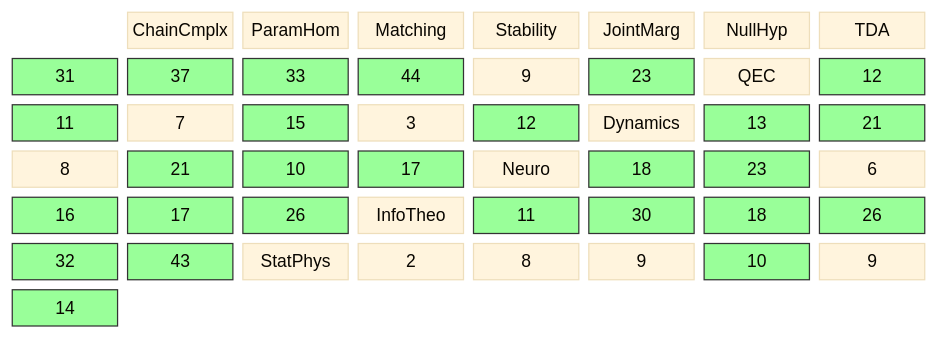
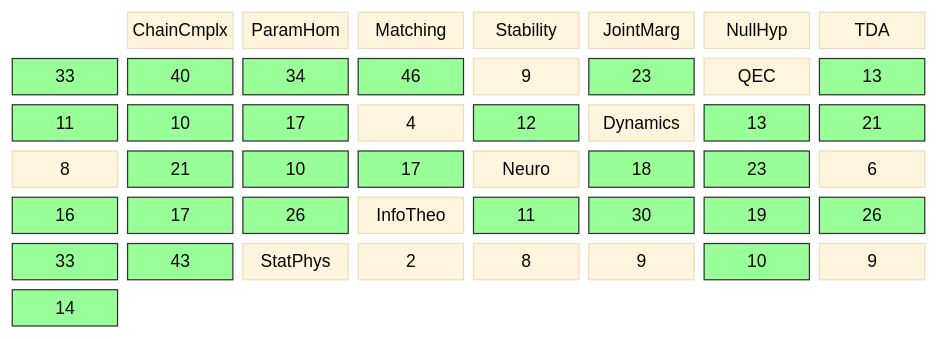
One commit to musicofhel/topoyolo changed the diagram in diagrams/coverage-matrix.md. Above: the diagram before and after it, drawn with Mermaid. The commit also changed other lines of this file and 8 other files, not shown here.

Commit message:
loop: B2 pass-40 — batch-007 qec-mwpm slice: 3 ANNOTATED (2303.15933 sparse blossom; 2107.13589 soft info as joint-vs-marginal gain; 2203.04948 belief-matching + fragile boundaries); filed qec + phase_transitions + boundary_operators; counts to derived 131; lint 0 errors

````diff
--- a/diagrams/coverage-matrix.md
+++ b/diagrams/coverage-matrix.md
@@ -22,41 +22,42 @@
 ```mermaid
 %%{init: {'theme': 'base', 'themeVariables': {'fontSize': '14px'}}}%%
 block-beta
   columns 8
 
   space:1 CC["ChainCmplx"] PH["ParamHom"] MA["Matching"] ST["Stability"] JM["JointMarg"] NH["NullHyp"]
 
-  TDA["TDA"] TDA_CC["31"] TDA_PH["37"] TDA_MA["33"] TDA_ST["44"] TDA_JM["9"] TDA_NH["23"]
-  QEC["QEC"] QEC_CC["12"] QEC_PH["11"] QEC_MA["7"] QEC_ST["15"] QEC_JM["3"] QEC_NH["12"]
+  TDA["TDA"] TDA_CC["33"] TDA_PH["40"] TDA_MA["34"] TDA_ST["46"] TDA_JM["9"] TDA_NH["23"]
+  QEC["QEC"] QEC_CC["13"] QEC_PH["11"] QEC_MA["10"] QEC_ST["17"] QEC_JM["4"] QEC_NH["12"]
   DYN["Dynamics"] DYN_CC["13"] DYN_PH["21"] DYN_MA["8"] DYN_ST["21"] DYN_JM["10"] DYN_NH["17"]
   NEU["Neuro"] NEU_CC["18"] NEU_PH["23"] NEU_MA["6"] NEU_ST["16"] NEU_JM["17"] NEU_NH["26"]
-  IT["InfoTheo"] IT_CC["11"] IT_PH["30"] IT_MA["18"] IT_ST["26"] IT_JM["32"] IT_NH["43"]
+  IT["InfoTheo"] IT_CC["11"] IT_PH["30"] IT_MA["19"] IT_ST["26"] IT_JM["33"] IT_NH["43"]
   SP["StatPhys"] SP_CC["2"] SP_PH["8"] SP_MA["9"] SP_ST["10"] SP_JM["9"] SP_NH["14"]
   style TDA_CC fill:#9f9,stroke:#333
   style TDA_PH fill:#9f9,stroke:#333
   style TDA_MA fill:#9f9,stroke:#333
   style TDA_ST fill:#9f9,stroke:#333
   style TDA_NH fill:#9f9,stroke:#333
   style QEC_CC fill:#9f9,stroke:#333
   style QEC_PH fill:#9f9,stroke:#333
+  style QEC_MA fill:#9f9,stroke:#333
   style QEC_ST fill:#9f9,stroke:#333
   style QEC_NH fill:#9f9,stroke:#333
   style DYN_CC fill:#9f9,stroke:#333
   style DYN_PH fill:#9f9,stroke:#333
   style DYN_ST fill:#9f9,stroke:#333
   style DYN_JM fill:#9f9,stroke:#333
   style DYN_NH fill:#9f9,stroke:#333
   style NEU_CC fill:#9f9,stroke:#333
   style NEU_PH fill:#9f9,stroke:#333
   style NEU_ST fill:#9f9,stroke:#333
   style NEU_JM fill:#9f9,stroke:#333
   style NEU_NH fill:#9f9,stroke:#333
   style IT_CC fill:#9f9,stroke:#333
   style IT_PH fill:#9f9,stroke:#333
   style IT_MA fill:#9f9,stroke:#333
   style IT_ST fill:#9f9,stroke:#333
   style IT_JM fill:#9f9,stroke:#333
   style IT_NH fill:#9f9,stroke:#333
   style SP_ST fill:#9f9,stroke:#333
   style SP_NH fill:#9f9,stroke:#333
 ```
````
